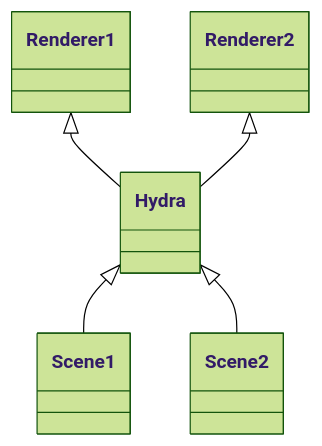
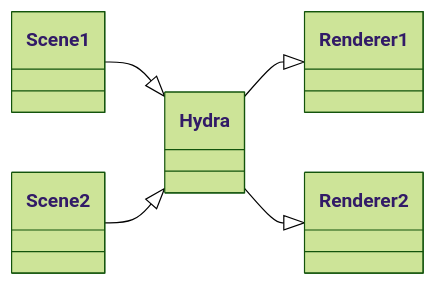
The diagram in docs/pipeline/USD/USD Hydraその1.md (naoya-horai/documents), drawn with Mermaid (forest theme) before and after one commit. The commit also changed 1 other file, not shown here.

Commit message:
change theme

````diff
--- a/docs/pipeline/USD/USD Hydraその1.md
+++ b/docs/pipeline/USD/USD Hydraその1.md
@@ -18,7 +18,9 @@
 ``` mermaid
+
 classDiagram
+    direction RL
     Hydra <|-- Scene1
     Hydra <|-- Scene2
     Renderer1 <|-- Hydra
     Renderer2 <|-- Hydra
 ```
````
